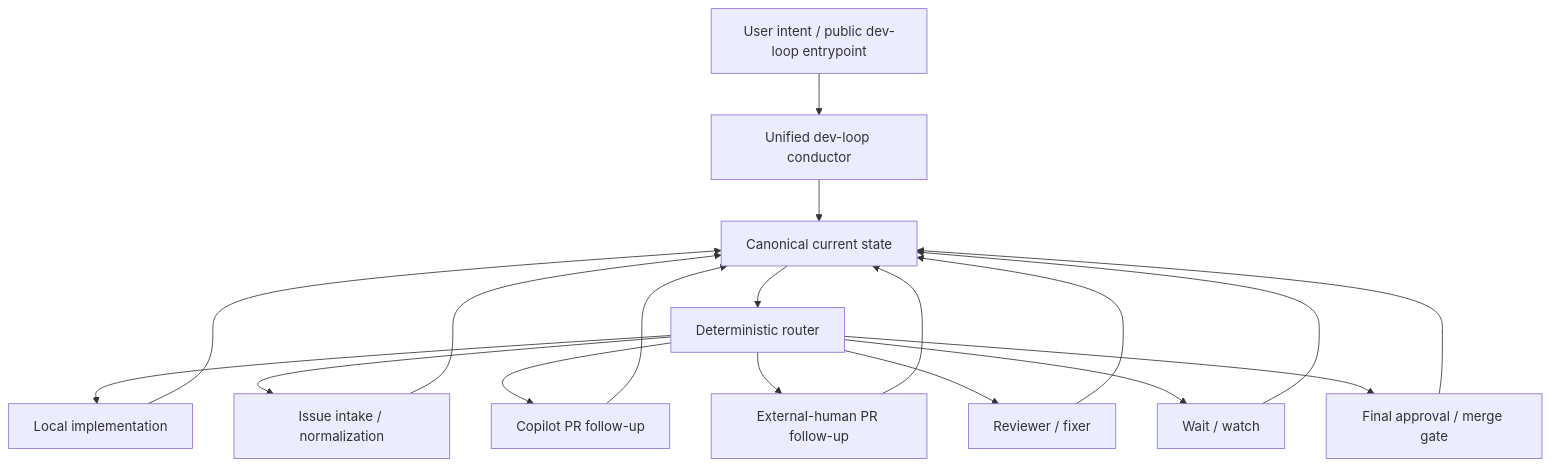
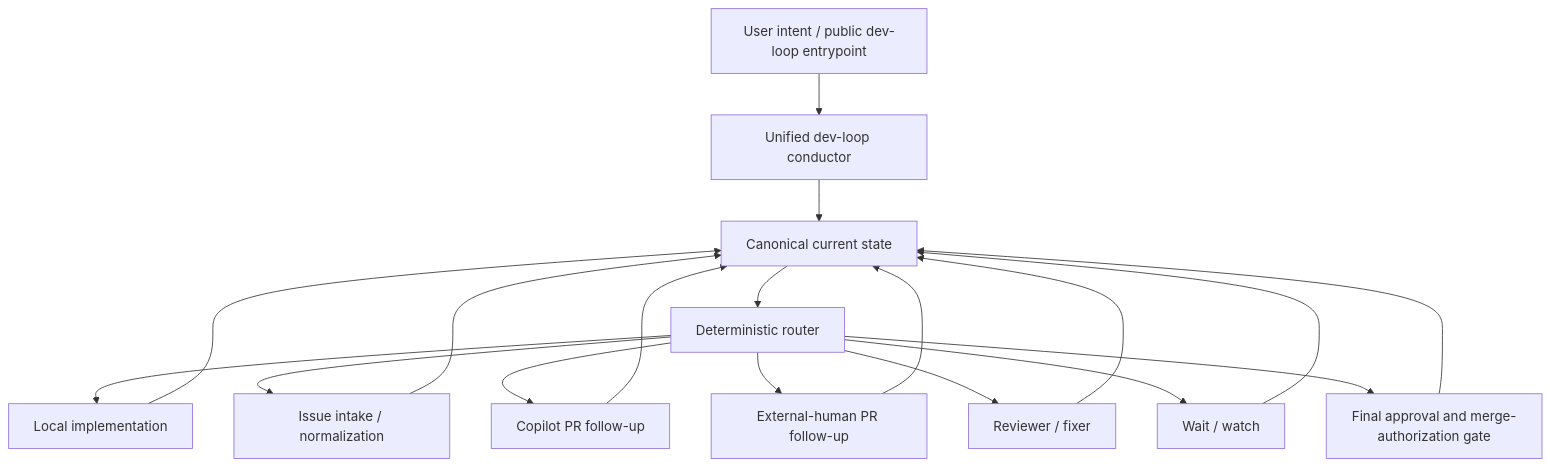
Before and after one commit to mfittko/pi-dev-loops: the diagram in docs/public-dev-loop-contract.md, drawn with Mermaid. The commit also changed other lines of this file and 5 other files, not shown here.

Commit message:
Separate approval and merge authorization states

````diff
--- a/docs/public-dev-loop-contract.md
+++ b/docs/public-dev-loop-contract.md
@@ -284,22 +288,22 @@
 ```mermaid
 flowchart TD
     U[User intent / public dev-loop entrypoint] --> C[Unified dev-loop conductor]
     C --> S[Canonical current state]
     S --> R[Deterministic router]
 
     R --> L[Local implementation]
     R --> I[Issue intake / normalization]
     R --> CP[Copilot PR follow-up]
     R --> HP[External-human PR follow-up]
     R --> RF[Reviewer / fixer]
     R --> W[Wait / watch]
-    R --> A[Final approval / merge gate]
+    R --> A[Final approval and merge-authorization gate]
 
     L --> S
     I --> S
     CP --> S
     HP --> S
     RF --> S
     W --> S
     A --> S
 ```
````
